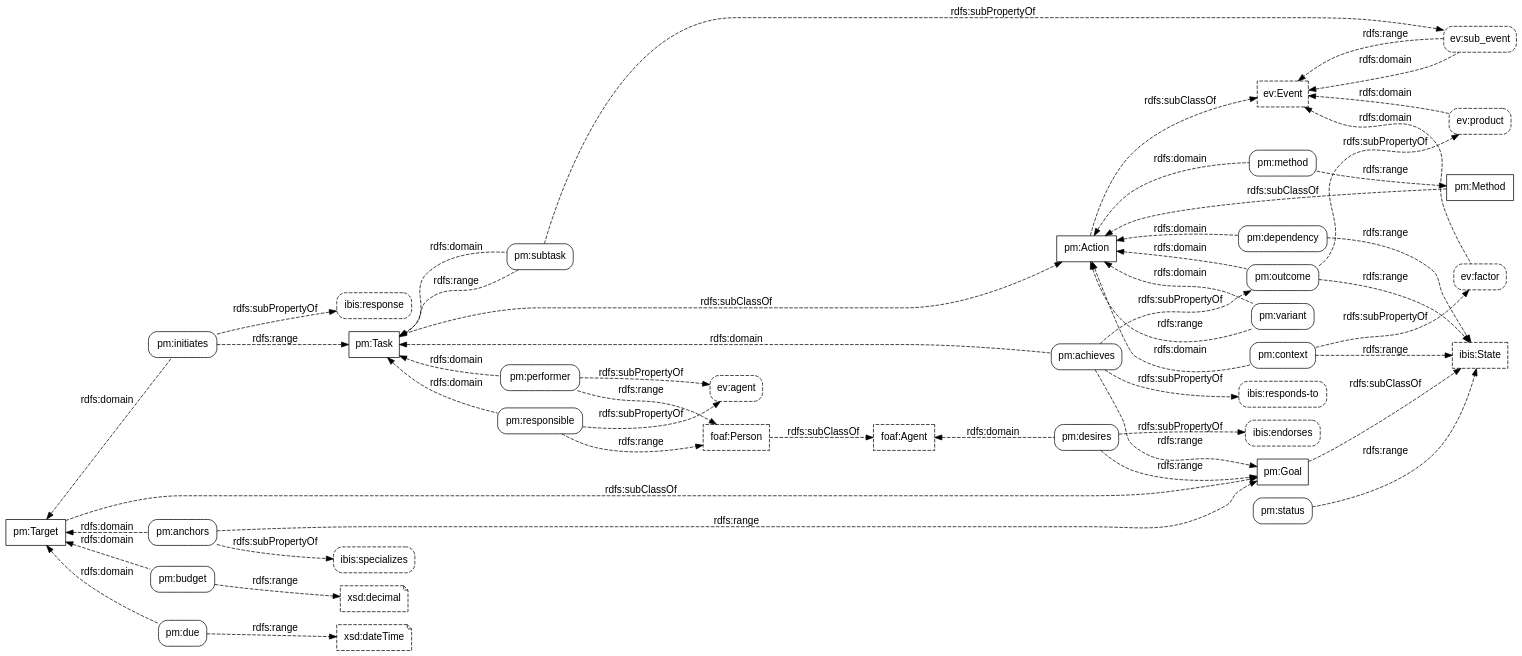
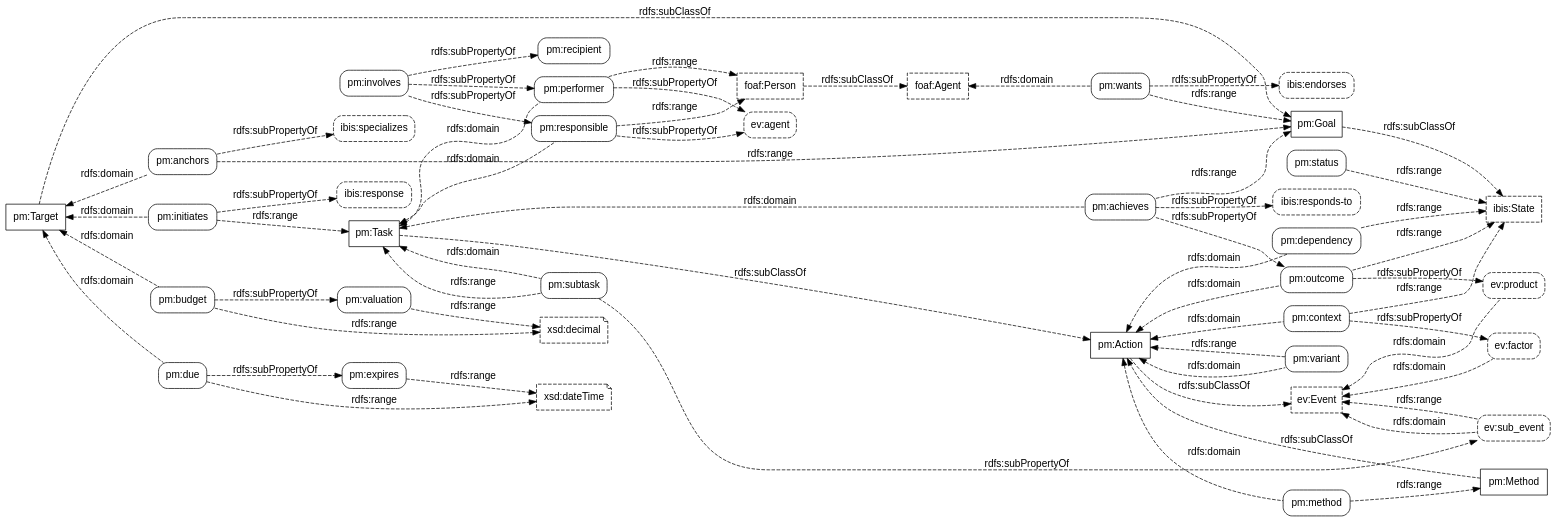
Before and after one commit to doriantaylor/owl-process-model: the diagram in process-model-properties.dot, drawn with Graphviz. The commit also changed 3 other files, not shown here.

Commit message:
update diagrams

```diff
--- a/process-model-properties.dot
+++ b/process-model-properties.dot
@@ -1,136 +1,151 @@
 digraph {
     graph [bgcolor=transparent,overlap=false,rankdir=LR];
     node [shape=box,style=rounded,color="#000000",fontcolor="#000000",fontname="Lucida Grande, Lucida Sans Unicode, sans-serif", target="_parent"];
     edge [concentrate=true,color="#000000",fontcolor="#000000",fontname="Lucida Grande, Lucida Sans Unicode, sans-serif"];
 
     // third-party classses
 
     subgraph {
         node [shape=box, style=dashed];
         // skos_Concept [label="skos:Concept"];
         ev_Event [label="ev:Event", href="http://motools.sourceforge.net/event/event.html#term_Event"];
         foaf_Agent [label="foaf:Agent", href="http://xmlns.com/foaf/spec/#term_Agent"];
         foaf_Person [label="foaf:Person", href="http://xmlns.com/foaf/spec/#term_Person"];
         // ibis_Issue [label="ibis:Issue", href="https://vocab.methodandstructure.com/ibis#Issue"];
         // ibis_Position [label="ibis:Position", href="https://vocab.methodandstructure.com/ibis#Position"];
 	// time_Instant [label="time:Instant", href="https://www.w3.org/TR/owl-time/#time:Instant"];
 	ibis_State [label="ibis:State", href="https://vocab.methodandstructure.com/ibis#State"];
     }
 
     // our classes
 
     subgraph {
         node [shape=box, style=""];
 	pm_Goal   [label="pm:Goal", href="https://vocab.methodandstructure.com/process-model#Goal"];
 	pm_Target [label="pm:Target", href="https://vocab.methodandstructure.com/process-model#Target"];
 	pm_Action [label="pm:Action", href="https://vocab.methodandstructure.com/process-model#Action"];
 	pm_Task   [label="pm:Task", href="https://vocab.methodandstructure.com/process-model#Task"];
 	pm_Method [label="pm:Method", href="https://vocab.methodandstructure.com/process-model#Method"];
     }
 
     // third-party properties
 
     subgraph {
         node [style="dashed,rounded"];
         ev_agent [label="ev:agent"];
         ev_factor [label="ev:factor"];
         ev_product [label="ev:product"];
         ev_sub_event [label="ev:sub_event"];
         ibis_endorses [label="ibis:endorses"];
         ibis_response [label="ibis:response"];
         ibis_responds_to [label="ibis:responds-to"];
         ibis_specializes [label="ibis:specializes"];
     }
 
     // datatypes
 
+    // subgraph {
+    //     node [shape=note];
+    //     pm_ARQ [label="pm:ARQ", href="https://vocab.methodandstructure.com/process-model#"];
+    // }
+
     subgraph {
 	node [shape=note,style="dashed"];
 	xsd_decimal [label="xsd:decimal", href="https://www.w3.org/TR/xmlschema11-2/#decimal"];
 	xsd_dateTime [label="xsd:dateTime", href="https://www.w3.org/TR/xmlschema11-2/#dateTime"];
     }
 
     // our properties
 
-    pm_achieves [label="pm:achieves", href="https://vocab.methodandstructure.com/process-model#achieves"];
-    pm_anchors [label="pm:anchors", href="https://vocab.methodandstructure.com/process-model#anchors"];
-    pm_budget [label="pm:budget", href="https://vocab.methodandstructure.com/process-model#budget"];
-    pm_context [label="pm:context", href="https://vocab.methodandstructure.com/process-model#context"];
-    pm_dependency [label="pm:dependency", href="https://vocab.methodandstructure.com/process-model#dependency"];
-    pm_desires [label="pm:desires", href="https://vocab.methodandstructure.com/process-model#desires"];
-    pm_due [label="pm:due", href="https://vocab.methodandstructure.com/process-model#due"];
-    pm_initiates [label="pm:initiates", href="https://vocab.methodandstructure.com/process-model#initiates"];
-    pm_method [label="pm:method", href="https://vocab.methodandstructure.com/process-model#method"];
-    pm_outcome [label="pm:outcome", href="https://vocab.methodandstructure.com/process-model#outcome"];
-    pm_performer [label="pm:performer", href="https://vocab.methodandstructure.com/process-model#performer"];
-    //pm_recipient [label="pm:recipient"];
+    pm_achieves    [label="pm:achieves",    href="https://vocab.methodandstructure.com/process-model#achieves"];
+    pm_anchors     [label="pm:anchors",     href="https://vocab.methodandstructure.com/process-model#anchors"];
+    pm_budget      [label="pm:budget",      href="https://vocab.methodandstructure.com/process-model#budget"];
+    pm_context     [label="pm:context",     href="https://vocab.methodandstructure.com/process-model#context"];
+    pm_dependency  [label="pm:dependency",  href="https://vocab.methodandstructure.com/process-model#dependency"];
+    pm_due         [label="pm:due",         href="https://vocab.methodandstructure.com/process-model#due"];
+    pm_expires     [label="pm:expires",     href="https://vocab.methodandstructure.com/process-model#expires"];
+    pm_initiates   [label="pm:initiates",   href="https://vocab.methodandstructure.com/process-model#initiates"];
+    pm_involves    [label="pm:involves",    href="https://vocab.methodandstructure.com/process-model#involves"];
+    pm_method      [label="pm:method",      href="https://vocab.methodandstructure.com/process-model#method"];
+    pm_outcome     [label="pm:outcome",     href="https://vocab.methodandstructure.com/process-model#outcome"];
+    pm_performer   [label="pm:performer",   href="https://vocab.methodandstructure.com/process-model#performer"];
+    pm_recipient   [label="pm:recipient",   href="https://vocab.methodandstructure.com/process-model#recipient"];
     pm_responsible [label="pm:responsible", href="https://vocab.methodandstructure.com/process-model#responsible"];
-    pm_status [label="pm:status", href="https://vocab.methodandstructure.com/process-model#status"];
-    pm_subtask [label="pm:subtask", href="https://vocab.methodandstructure.com/process-model#subtask"];
-    pm_variant [label="pm:variant", href="https://vocab.methodandstructure.com/process-model#variant"];
+    pm_status      [label="pm:status",      href="https://vocab.methodandstructure.com/process-model#status"];
+    pm_subtask     [label="pm:subtask",     href="https://vocab.methodandstructure.com/process-model#subtask"];
+    pm_valuation   [label="pm:valuation",   href="https://vocab.methodandstructure.com/process-model#valuation"];
+    pm_variant     [label="pm:variant",     href="https://vocab.methodandstructure.com/process-model#variant"];
+    pm_wants       [label="pm:wants",       href="https://vocab.methodandstructure.com/process-model#wants"];
 
     // relations
 
     subgraph {
         edge [style=dashed, label="rdfs:subClassOf"];
 	foaf_Person -> foaf_Agent;
 	pm_Method   -> pm_Action;
 	pm_Target   -> pm_Goal   -> ibis_State;
 	pm_Task     -> pm_Action -> ev_Event;
     }
 
     subgraph {
         edge [style=dashed, label="rdfs:subPropertyOf"];
 	pm_achieves    -> ibis_responds_to;
 	pm_achieves    -> pm_outcome -> ev_product;
 	pm_anchors     -> ibis_specializes;
 	pm_context     -> ev_factor;
-	pm_desires     -> ibis_endorses;
 	pm_initiates   -> ibis_response;
 	pm_performer   -> ev_agent;
 	pm_responsible -> ev_agent;
 	pm_subtask     -> ev_sub_event;
-        // pm_variant      -> ev_sub_event;
+	pm_wants       -> ibis_endorses;
+        // pm_variant     -> ev_sub_event;
+        pm_budget      -> pm_valuation;
+        pm_due         -> pm_expires;
+        pm_involves    -> pm_performer;
+        pm_involves    -> pm_recipient;
+        pm_involves    -> pm_responsible;
     }
 
     subgraph {
         edge [style=dashed, dir=back, label="rdfs:domain"];
 	ev_Event   -> ev_factor;
 	ev_Event   -> ev_product;
 	ev_Event   -> ev_sub_event;
 	pm_Task    -> pm_achieves;
 	pm_Target  -> pm_anchors;
 	pm_Target  -> pm_budget;
 	pm_Action  -> pm_context;
 	pm_Action  -> pm_dependency;
-	foaf_Agent -> pm_desires;
+	foaf_Agent -> pm_wants;
 	pm_Target  -> pm_due;
 	pm_Target  -> pm_initiates;
 	pm_Action  -> pm_method;
 	pm_Action  -> pm_outcome;
 	pm_Task    -> pm_performer;
 	pm_Task    -> pm_responsible;
 	pm_Task    -> pm_subtask;
 	pm_Action  -> pm_variant;
     }
 
     subgraph {
         edge [style=dashed, label="rdfs:range"];
 	ev_sub_event   -> ev_Event;
 	pm_achieves    -> pm_Goal;
 	pm_anchors     -> pm_Goal;
 	pm_budget      -> xsd_decimal;
 	pm_context     -> ibis_State;
 	pm_dependency  -> ibis_State;
-	pm_desires     -> pm_Goal;
 	pm_due         -> xsd_dateTime;
+	pm_expires     -> xsd_dateTime;
 	pm_initiates   -> pm_Task;
 	pm_method      -> pm_Method;
 	pm_outcome     -> ibis_State;
 	pm_performer   -> foaf_Person;
 	pm_responsible -> foaf_Person;
 	pm_status      -> ibis_State;
 	pm_subtask     -> pm_Task;
+	pm_valuation   -> xsd_decimal;
 	pm_variant     -> pm_Action;
+	pm_wants       -> pm_Goal;
     }
 }
```
